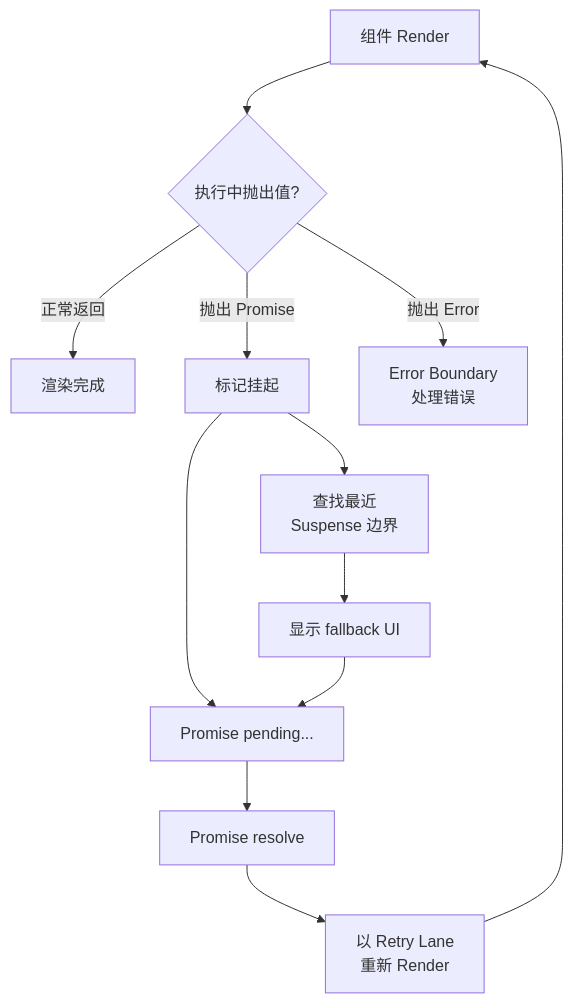
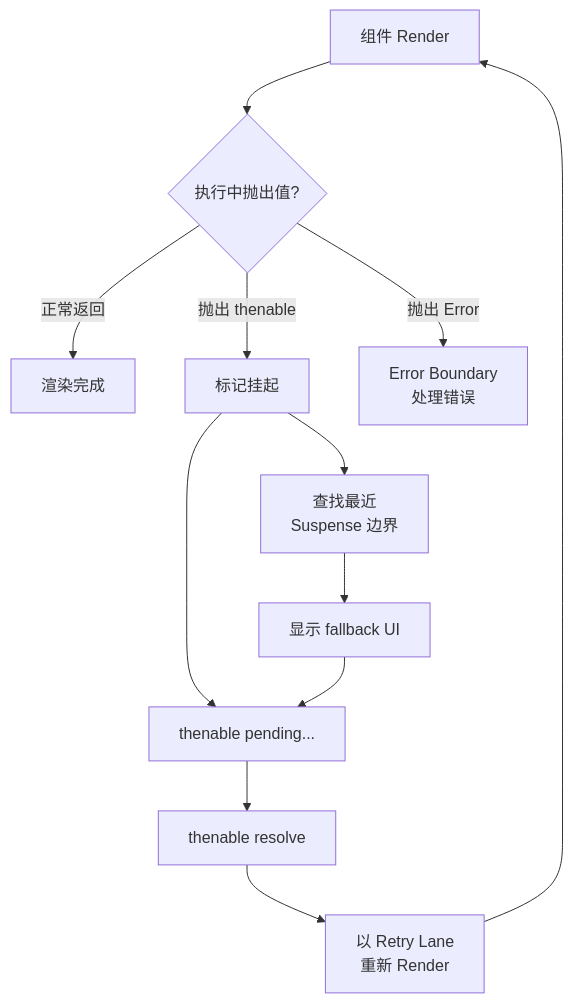
The first of 2 diagrams in apps/docs/frameworks/react/advanced/core-design/suspenseOffscreenHydration.md (sentibeitaokong/CoreFront-EndConcepts), drawn with Mermaid before and after one commit. The commit also changed other lines of this file and 15 other files, not shown here.

````diff
--- a/apps/docs/frameworks/react/advanced/core-design/suspenseOffscreenHydration.md
+++ b/apps/docs/frameworks/react/advanced/core-design/suspenseOffscreenHydration.md
@@ -52,14 +56,14 @@
 ```mermaid
 flowchart TD
     Render[组件 Render] --> Try{执行中抛出值?}
     Try -->|正常返回| Done[渲染完成]
-    Try -->|抛出 Promise| Suspend[标记挂起]
+    Try -->|抛出 thenable| Suspend[标记挂起]
     Suspend --> Find[查找最近<br/>Suspense 边界]
     Find --> Fallback[显示 fallback UI]
-    Suspend --> Wait[Promise pending...]
+    Suspend --> Wait[thenable pending...]
     Fallback --> Wait
-    Wait --> Resolve[Promise resolve]
+    Wait --> Resolve[thenable resolve]
     Resolve --> Retry[以 Retry Lane<br/>重新 Render]
     Retry --> Render
     Try -->|抛出 Error| ErrorB[Error Boundary<br/>处理错误]
 ```
````
